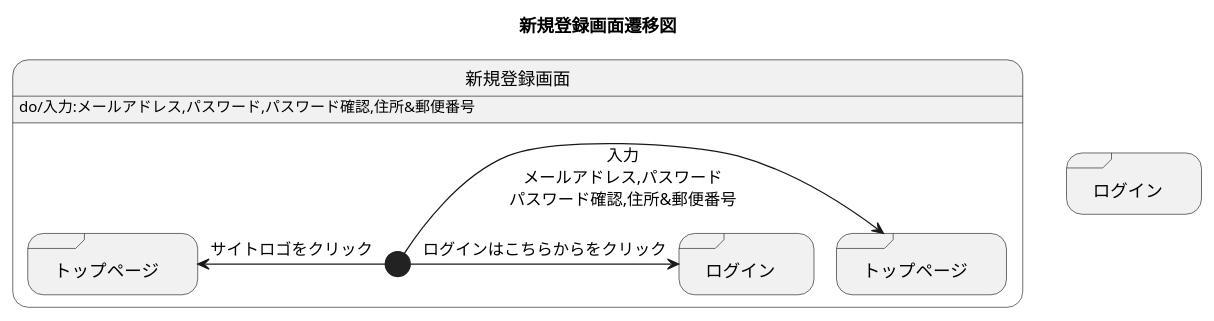
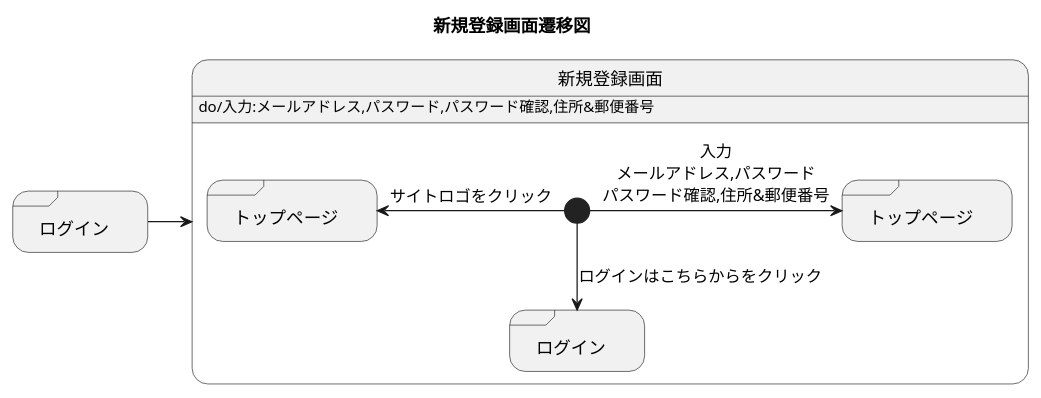
One commit to akutori/T-D-E changed the diagram in 新規登録画面.md. Above: the diagram before and after it, drawn with PlantUML.

Commit message:
修正

````diff
--- a/新規登録画面.md
+++ b/新規登録画面.md
@@ -1,19 +1,19 @@
 ```uml
 @startuml
 title 新規登録画面遷移図
 state 新規登録画面 : do/入力:メールアドレス,パスワード,パスワード確認,住所&郵便番号
 state "ログイン" as rogin1<<sdlreceive>>
-
+rogin1 -> 新規登録画面
 state 新規登録画面{
     state "トップページ" as main<<sdlreceive>>
     state "トップページ" as main1<<sdlreceive>>
     state "ログイン" as rogin<<sdlreceive>>
     [*]-left->main : サイトロゴをクリック
     [*]-> main1 : 入力\nメールアドレス,パスワード\nパスワード確認,住所&郵便番号
-    [*]-> rogin : ログインはこちらからをクリック
+    [*]--> rogin : ログインはこちらからをクリック
 
 
     
 }
 @enduml
 ```
````
